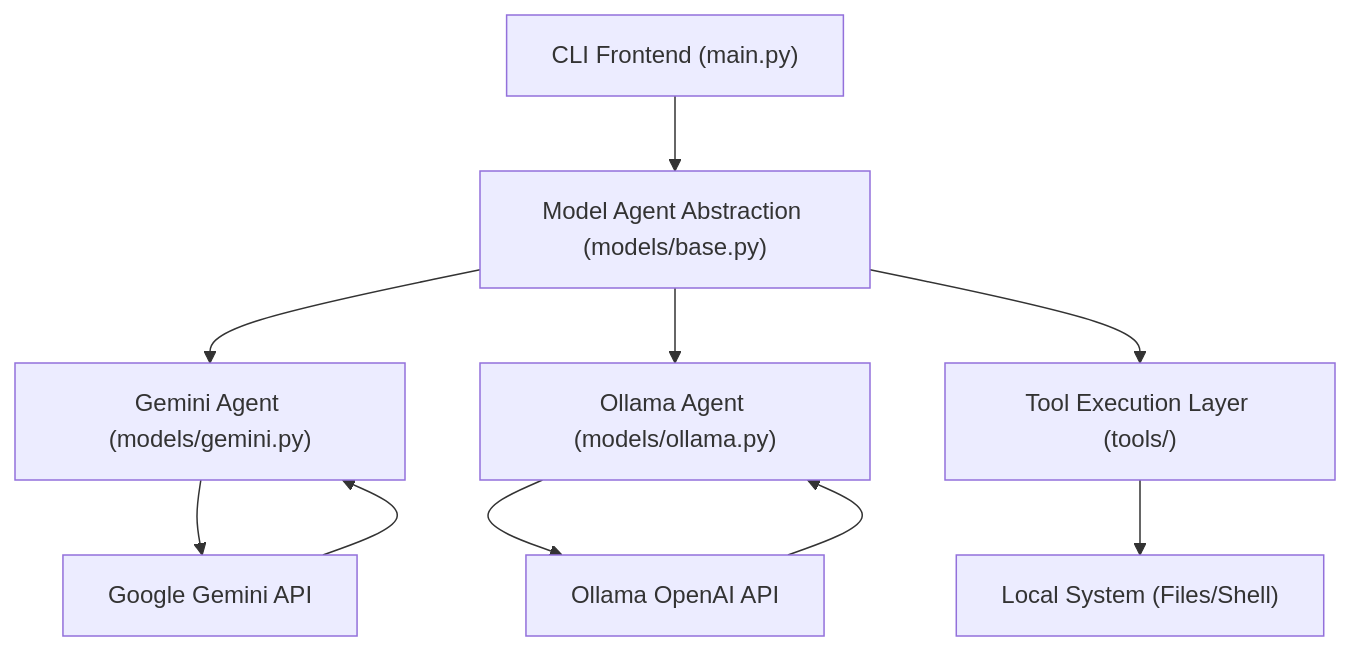
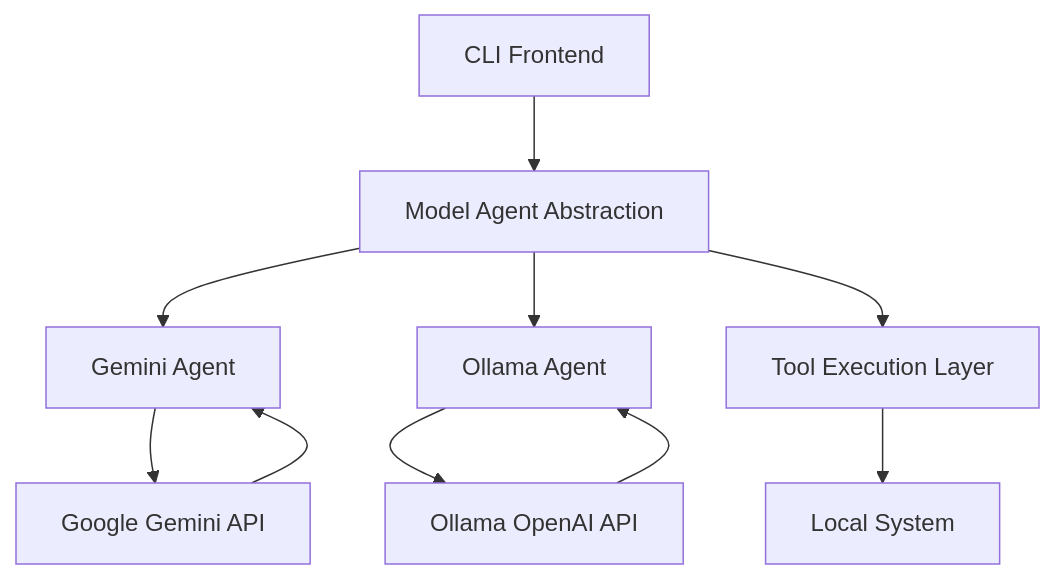
One commit to BlueCentre/cli-code changed the first of 8 diagrams in docs/architecture.md. Above: the diagram before and after it, drawn with Mermaid. The commit also changed other lines of this file, not shown here.

Commit message:
docs: Simplify Mermaid diagrams for improved GitHub rendering

````diff
--- a/docs/architecture.md
+++ b/docs/architecture.md
@@ -15,12 +15,12 @@
 ```mermaid
-graph TD
-    CLI["CLI Frontend (main.py)"] --> Agent["Model Agent Abstraction (models/base.py)"];
-    Agent --> GeminiAgent["Gemini Agent (models/gemini.py)"];
-    Agent --> OllamaAgent["Ollama Agent (models/ollama.py)"];
-    GeminiAgent --> GeminiAPI["Google Gemini API"];
-    OllamaAgent --> OllamaAPI["Ollama OpenAI API"];
-    Agent --> Tools["Tool Execution Layer (tools/)"];
-    Tools --> FileSystem["Local System (Files/Shell)"];
-    GeminiAPI --> GeminiAgent;
-    OllamaAPI --> OllamaAgent;
+flowchart TD
+    CLI[CLI Frontend] --> Agent[Model Agent Abstraction]
+    Agent --> GeminiAgent[Gemini Agent]
+    Agent --> OllamaAgent[Ollama Agent]
+    GeminiAgent --> GeminiAPI[Google Gemini API]
+    OllamaAgent --> OllamaAPI[Ollama OpenAI API]
+    Agent --> Tools[Tool Execution Layer]
+    Tools --> FileSystem[Local System]
+    GeminiAPI --> GeminiAgent
+    OllamaAPI --> OllamaAgent
 ```
````
